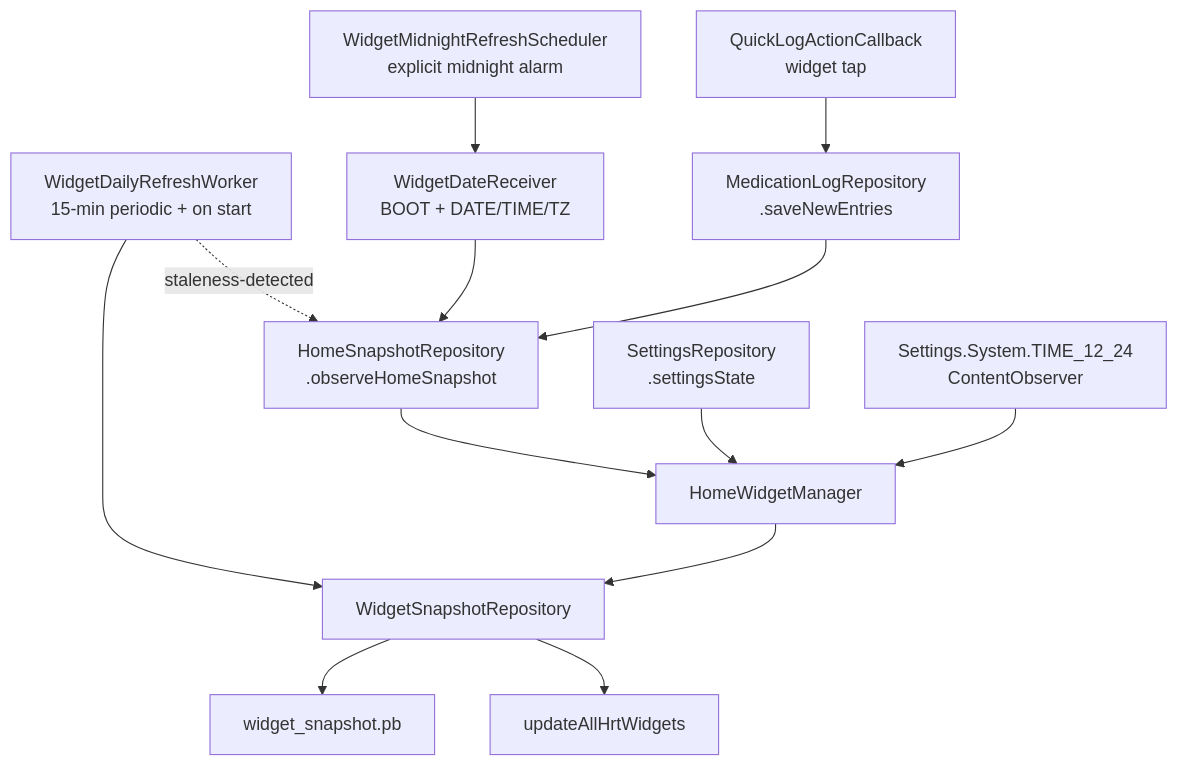
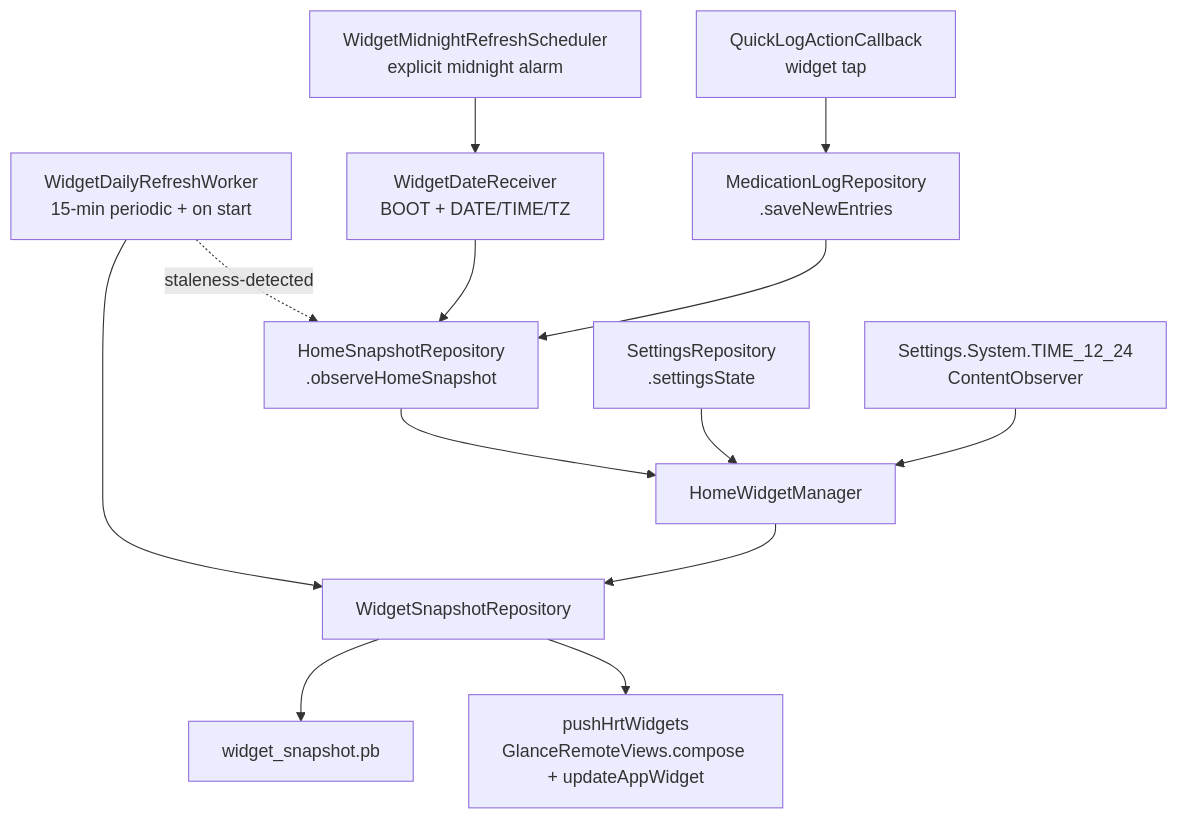
Before and after one commit to mkx173/Featherline: the second of 2 diagrams in docs/widget.md, drawn with Mermaid. The commit also changed other lines of this file and 3 other files, not shown here.

````diff
--- a/docs/widget.md
+++ b/docs/widget.md
@@ -218,15 +222,15 @@
 ```mermaid
 graph TD
   homesnapshot[HomeSnapshotRepository<br/>.observeHomeSnapshot] --> manager
   settings[SettingsRepository<br/>.settingsState] --> manager
   timeformat[Settings.System.TIME_12_24<br/>ContentObserver] --> manager
   midnight[WidgetMidnightRefreshScheduler<br/>explicit midnight alarm] --> datereceiver
   worker[WidgetDailyRefreshWorker<br/>15-min periodic + on start] --> repo
   worker -.staleness-detected.-> homesnapshot
   datereceiver[WidgetDateReceiver<br/>BOOT + DATE/TIME/TZ] --> homesnapshot
   quicklog[QuickLogActionCallback<br/>widget tap] --> mutation
   mutation[MedicationLogRepository<br/>.saveNewEntries] --> homesnapshot
   manager[HomeWidgetManager] --> repo[WidgetSnapshotRepository]
   repo --> store[widget_snapshot.pb]
-  repo --> glance[updateAllHrtWidgets]
+  repo --> push[pushHrtWidgets<br/>GlanceRemoteViews.compose + updateAppWidget]
 ```
````
